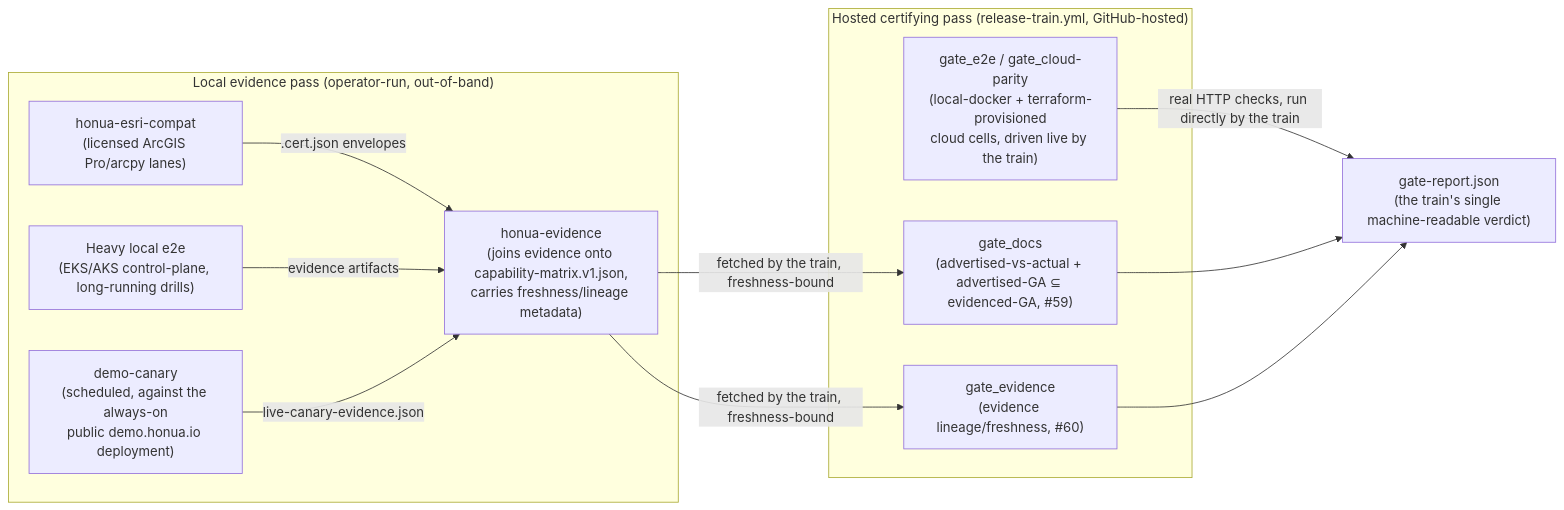
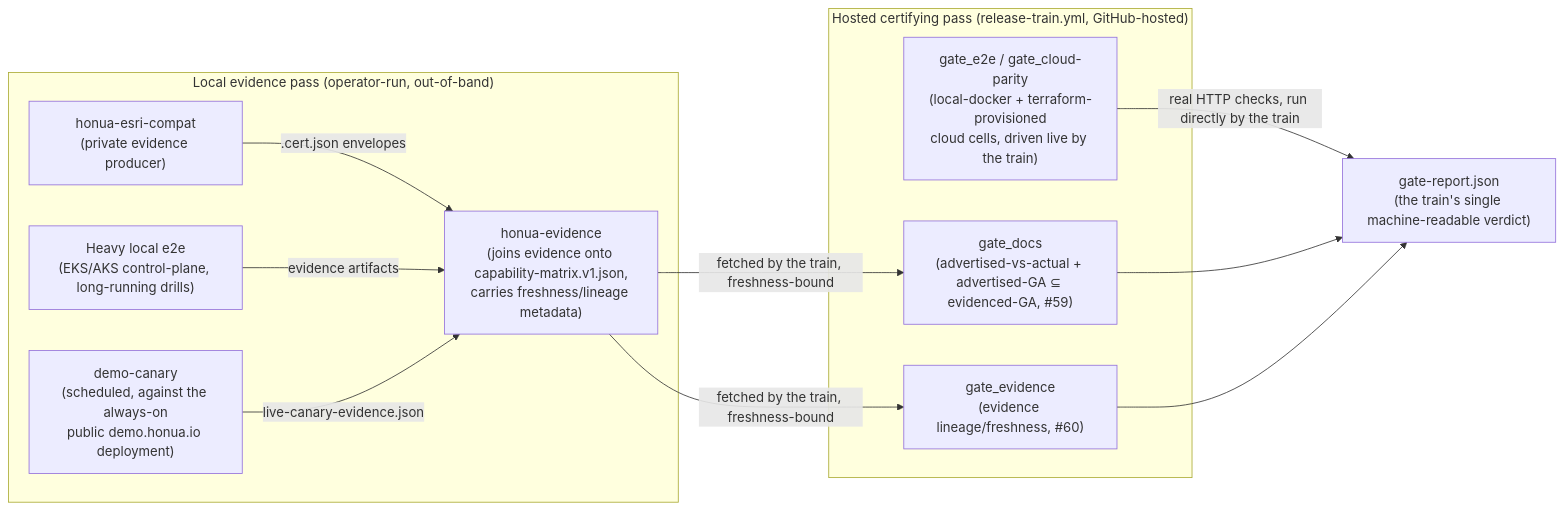
The diagram in docs/HYBRID-TRAIN.md (honua-io/honua-release), drawn with Mermaid before and after one commit. The commit also changed other lines of this file and 13 other files, not shown here.

````diff
--- a/docs/HYBRID-TRAIN.md
+++ b/docs/HYBRID-TRAIN.md
@@ -21,19 +21,19 @@
 ```mermaid
 flowchart LR
     subgraph Local["Local evidence pass (operator-run, out-of-band)"]
-        A["honua-esri-compat<br/>(licensed ArcGIS Pro/arcpy lanes)"] -->|".cert.json envelopes"| E
+        A["honua-esri-compat<br/>(private evidence producer)"] -->|".cert.json envelopes"| E
         B["Heavy local e2e<br/>(EKS/AKS control-plane, long-running drills)"] -->|"evidence artifacts"| E
         C["demo-canary<br/>(scheduled, against the always-on<br/>public demo.honua.io deployment)"] -->|"live-canary-evidence.json"| E
         E["honua-evidence<br/>(joins evidence onto capability-matrix.v1.json,<br/>carries freshness/lineage metadata)"]
     end
     subgraph Hosted["Hosted certifying pass (release-train.yml, GitHub-hosted)"]
         F["gate_docs<br/>(advertised-vs-actual + advertised-GA ⊆ evidenced-GA, #59)"]
         G["gate_evidence<br/>(evidence lineage/freshness, #60)"]
         H["gate_e2e / gate_cloud-parity<br/>(local-docker + terraform-provisioned<br/>cloud cells, driven live by the train)"]
     end
     E -->|"fetched by the train, freshness-bound"| F
     E -->|"fetched by the train, freshness-bound"| G
     H -->|"real HTTP checks, run directly by the train"| Report["gate-report.json<br/>(the train's single machine-readable verdict)"]
     F --> Report
     G --> Report
 ```
````
